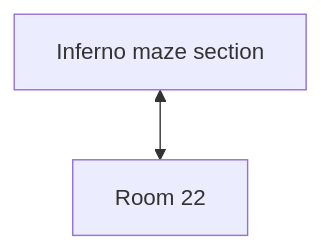
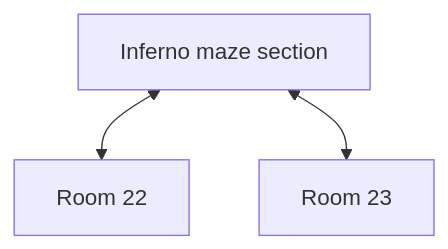
Before and after one commit to SlothBorg/Dungeon23: the fifth of 5 diagrams in Dungeon/Level_03/README.md, drawn with Mermaid. The commit also changed other lines of this file and 4 other files, not shown here.

````diff
--- a/Dungeon/Level_03/README.md
+++ b/Dungeon/Level_03/README.md
@@ -54,5 +54,5 @@
 ```mermaid
 flowchart TD
-    Blood[Inferno maze section] <-->C22[Room 22]
-    
+    Inferno[Inferno maze section] <-->C22[Room 22]
+    Inferno <--> C23[Room 23]
 ```
````
